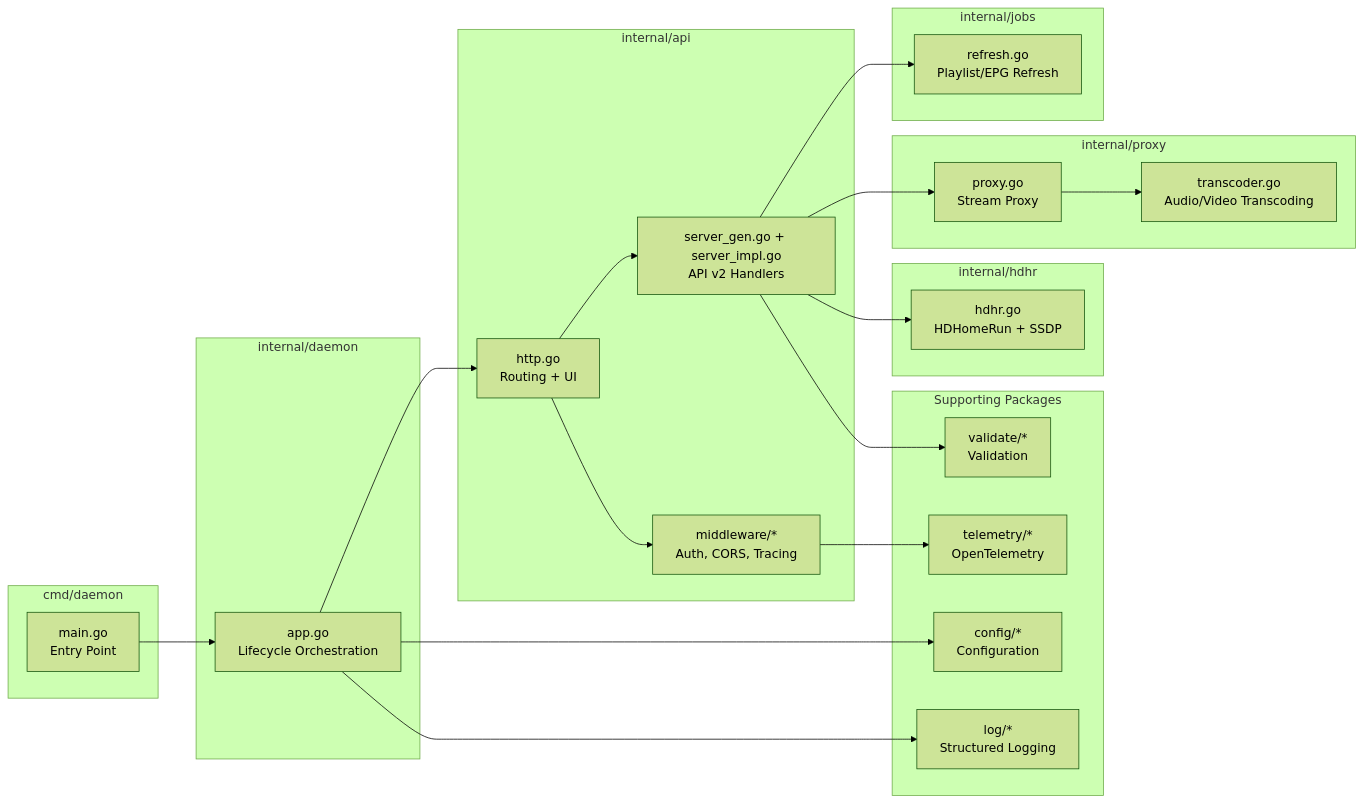
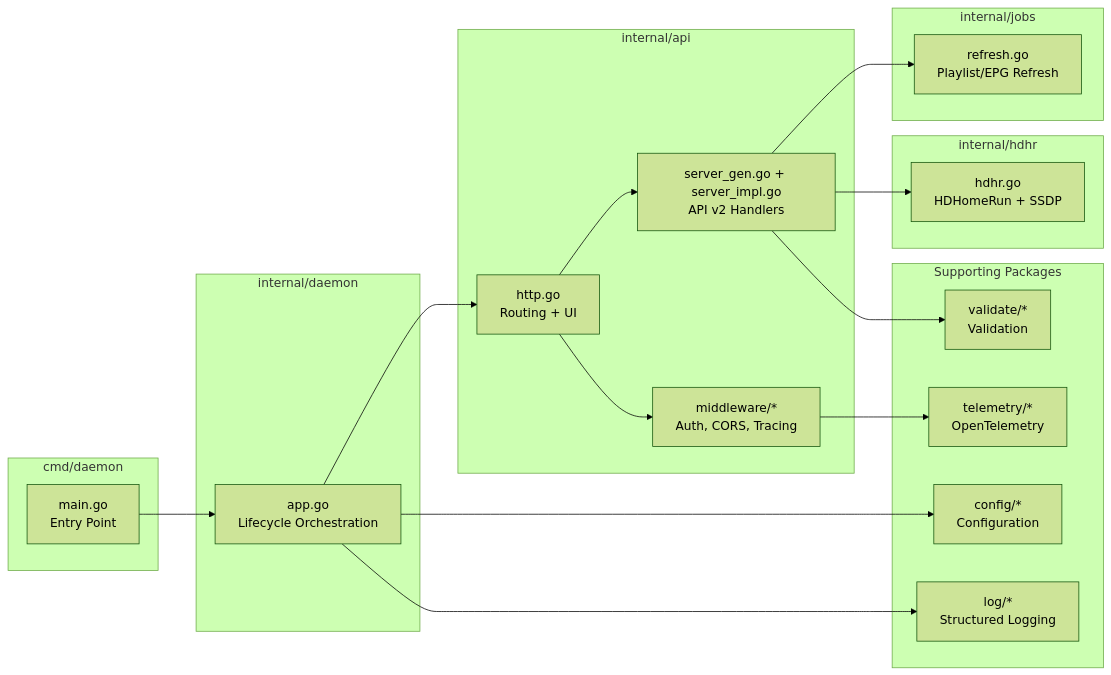
Before and after one commit to ManuGH/xg2g: the second of 4 diagrams in docs/ARCHITECTURE.md, drawn with Mermaid (forest theme). The commit also changed other lines of this file and 55 other files, not shown here.

First line of the commit message:
refactor: remove legacy proxy package and migrate to V3 architecture

````diff
--- a/docs/ARCHITECTURE.md
+++ b/docs/ARCHITECTURE.md
@@ -81,49 +78,42 @@
 ```mermaid
 graph LR
     subgraph "cmd/daemon"
         Main[main.go<br/>Entry Point]
     end
 
     subgraph "internal/daemon"
         App[app.go<br/>Lifecycle Orchestration]
     end
 
     subgraph "internal/api"
         Router[http.go<br/>Routing + UI]
         V2[server_gen.go + server_impl.go<br/>API v2 Handlers]
         MW[middleware/*<br/>Auth, CORS, Tracing]
     end
 
     subgraph "internal/jobs"
         Refresh[refresh.go<br/>Playlist/EPG Refresh]
     end
 
-    subgraph "internal/proxy"
-        Proxy[proxy.go<br/>Stream Proxy]
-        TC[transcoder.go<br/>Audio/Video Transcoding]
-    end
-
     subgraph "internal/hdhr"
         HDHR[hdhr.go<br/>HDHomeRun + SSDP]
     end
 
     subgraph "Supporting Packages"
         Config[config/*<br/>Configuration]
         Validate[validate/*<br/>Validation]
         Telemetry[telemetry/*<br/>OpenTelemetry]
         Log[log/*<br/>Structured Logging]
     end
 
     Main --> App
     App --> Router
     Router --> V2
     Router --> MW
     V2 --> Refresh
-    V2 --> Proxy
     V2 --> HDHR
-    Proxy --> TC
     App --> Config
     V2 --> Validate
     MW --> Telemetry
     App --> Log
 ```
````
